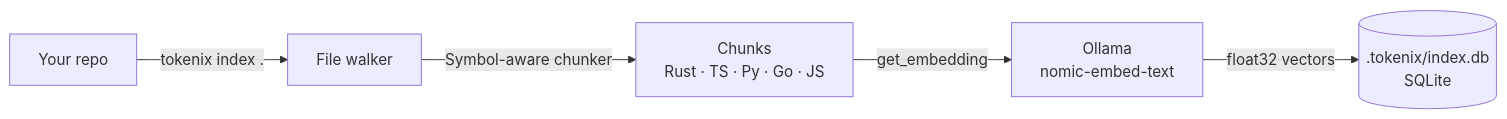
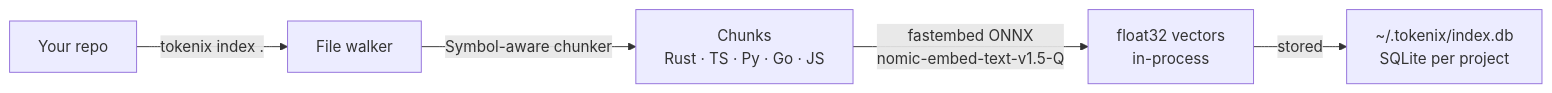
One commit to juninmd/tokenix changed the first of 2 diagrams in README.md. Above: the diagram before and after it, drawn with Mermaid. The commit also changed other lines of this file and 8 other files, not shown here.

First line of the commit message:
feat: remove Ollama dependency, add fastembed ONNX + full test suite

````diff
--- a/README.md
+++ b/README.md
@@ -106,7 +105,7 @@
 ```mermaid
 flowchart LR
     A[Your repo] -->|tokenix index .| B[File walker]
     B -->|Symbol-aware chunker| C[Chunks\nRust · TS · Py · Go · JS]
-    C -->|get_embedding| D[Ollama\nnomic-embed-text]
-    D -->|float32 vectors| E[(".tokenix/index.db\nSQLite")]
+    C -->|fastembed ONNX\nnomic-embed-text-v1.5-Q| D[float32 vectors\nin-process]
+    D -->|stored| E[~/.tokenix/index.db\nSQLite per project]
 ```
````
